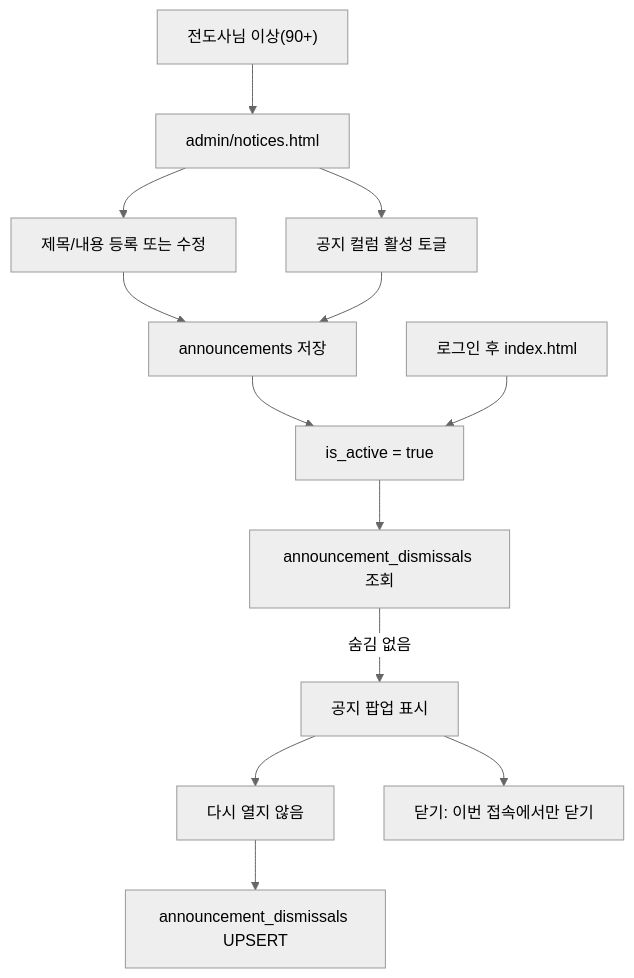
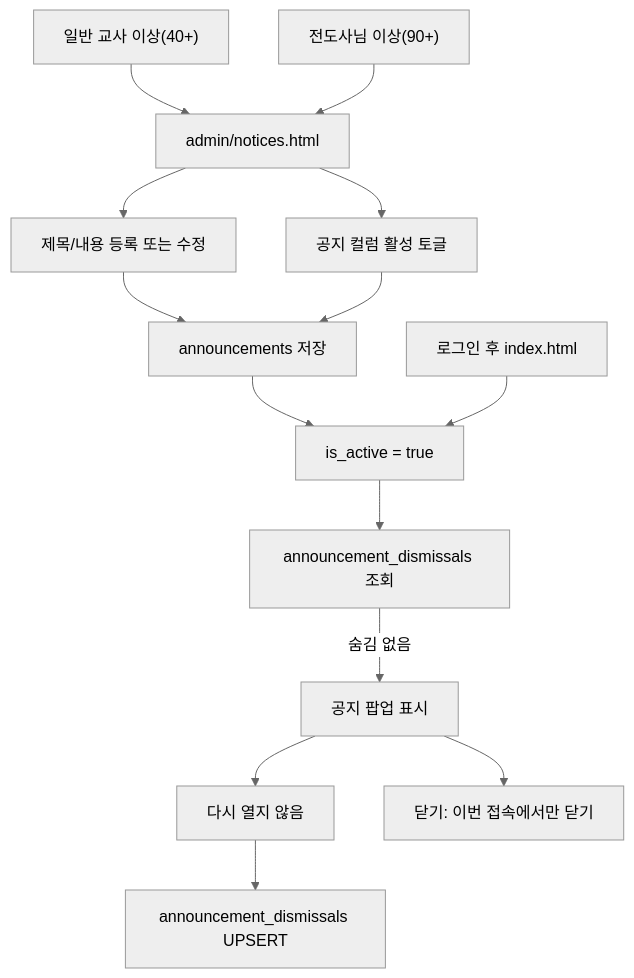
One commit to CHO-Talents-Test/CHO-Talents-Test changed the sixth of 16 diagrams in docs/PROJECT_ARCHITECTURE_FLOW.md. Above: the diagram before and after it, drawn with Mermaid (neutral theme). The commit also changed other lines of this file and 58 other files, not shown here.

````diff
--- a/docs/PROJECT_ARCHITECTURE_FLOW.md
+++ b/docs/PROJECT_ARCHITECTURE_FLOW.md
@@ -332,15 +332,16 @@
 ```mermaid
 flowchart TD
-  Operator["전도사님 이상(90+)"] --> NoticePage["admin/notices.html"]
+  Viewer["일반 교사 이상(40+)"] --> NoticePage["admin/notices.html"]
+  Operator["전도사님 이상(90+)"] --> NoticePage
   NoticePage --> CreateEdit["제목/내용 등록 또는 수정"]
   NoticePage --> Toggle["공지 컬럼 활성 토글"]
   CreateEdit --> Announcements["announcements 저장"]
   Toggle --> Announcements
   Announcements --> Active["is_active = true"]
   LoginHome["로그인 후 index.html"] --> Active
   Active --> DismissCheck["announcement_dismissals 조회"]
   DismissCheck -->|숨김 없음| Popup["공지 팝업 표시"]
   Popup --> Dismiss["다시 열지 않음"]
   Dismiss --> Store["announcement_dismissals UPSERT"]
   Popup --> Close["닫기: 이번 접속에서만 닫기"]
 ```
````
